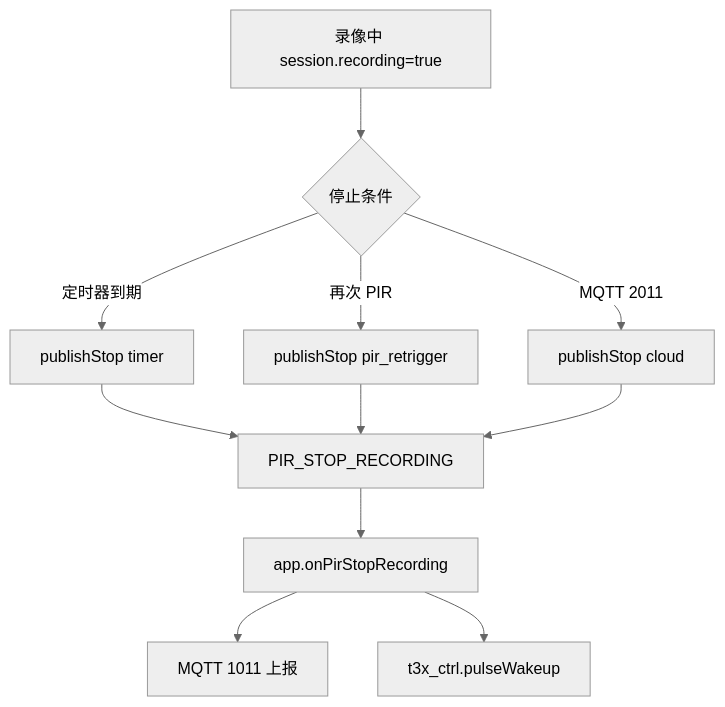
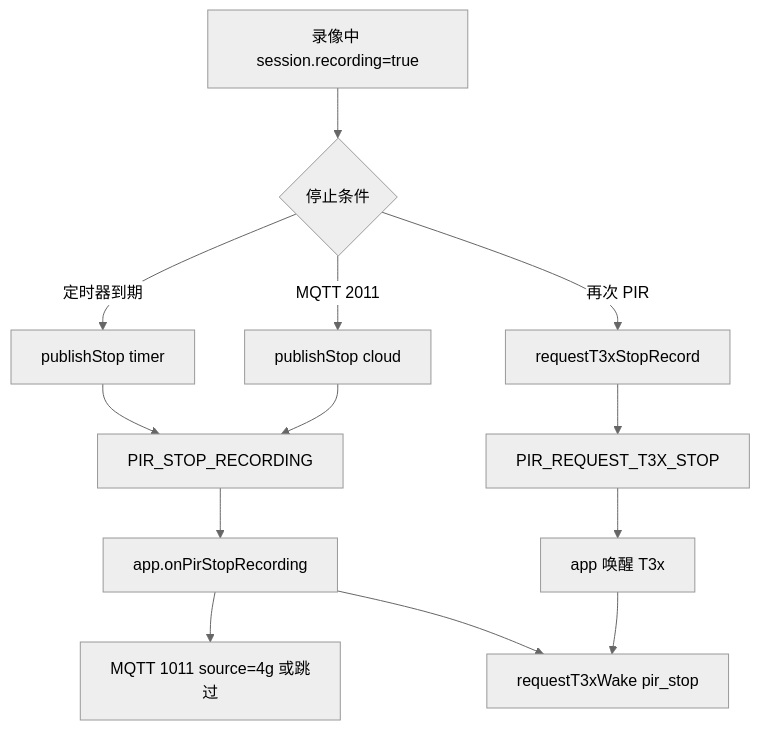
The second of 2 diagrams in doc/PIR_PROTOCOL.md (dzr1986/AIR780EHM), drawn with Mermaid (neutral theme) before and after one commit. The commit also changed other lines of this file and 107 other files, not shown here.

````diff
--- a/doc/PIR_PROTOCOL.md
+++ b/doc/PIR_PROTOCOL.md
@@ -96,13 +99,15 @@
 ```mermaid
 flowchart TD
     A[录像中 session.recording=true] --> B{停止条件}
     B -->|定时器到期| T[publishStop timer]
-    B -->|再次 PIR| P[publishStop pir_retrigger]
+    B -->|再次 PIR| P[requestT3xStopRecord]
     B -->|MQTT 2011| C[publishStop cloud]
     T --> E[PIR_STOP_RECORDING]
-    P --> E
     C --> E
+    P --> R[PIR_REQUEST_T3X_STOP]
     E --> APP[app.onPirStopRecording]
-    APP --> U[MQTT 1011 上报]
-    APP --> W[t3x_ctrl.pulseWakeup]
+    R --> APP2[app 唤醒 T3x]
+    APP --> U[MQTT 1011 source=4g 或跳过]
+    APP --> W[requestT3xWake pir_stop]
+    APP2 --> W
 ```
````
